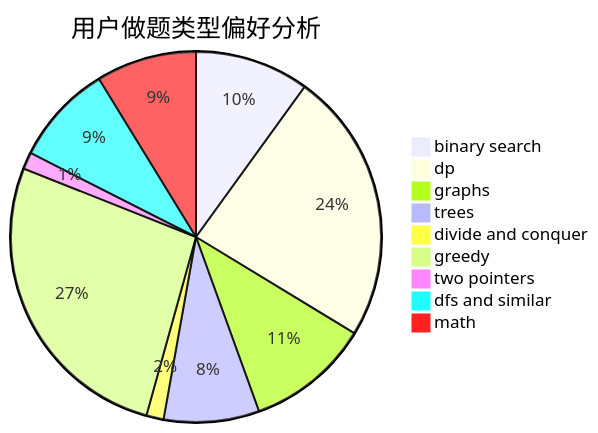
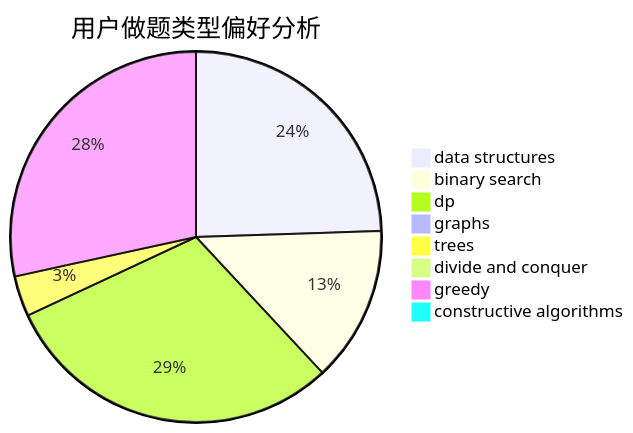
The second of 3 diagrams in docs/user/u1789.md (sherpahu/cfrs.github.io), drawn with Mermaid before and after one commit. The commit also changed other lines of this file and 2775 other files, not shown here.

````diff
--- a/docs/user/u1789.md
+++ b/docs/user/u1789.md
@@ -23,12 +23,11 @@
 ```mermaid
 pie title 用户做题类型偏好分析
-    "binary search" :  231
-    "dp" :  550
-    "graphs" :  250
-    "trees" :  193
-    "divide and conquer" :  35
-    "greedy" :  619
-    "two pointers" :  34
-    "dfs and similar" :  203
-    "math" :  203
+    "data structures" :  360
+    "binary search" :  200
+    "dp" :  441
+    "graphs" :  13
+    "trees" :  52
+    "divide and conquer" :  11
+    "greedy" :  418
+    "constructive algorithms" :  9
 ```
````
